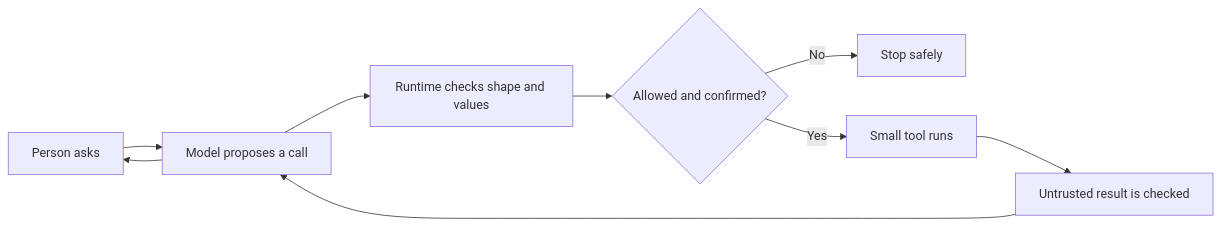
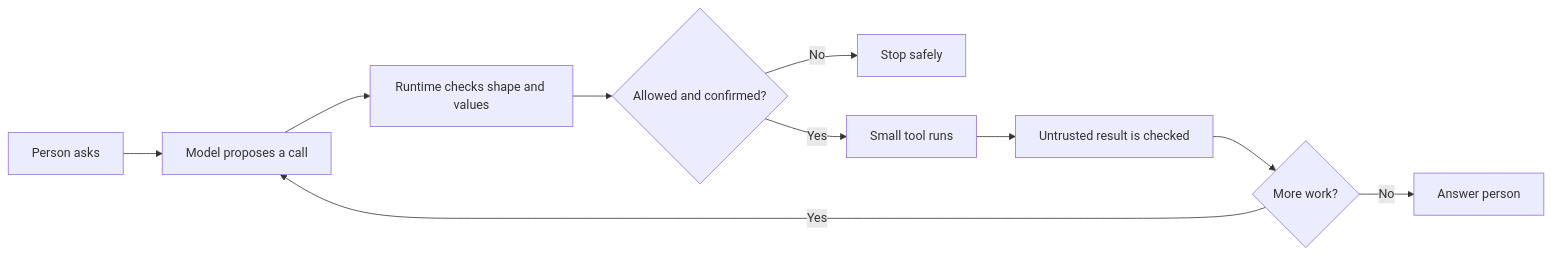
One commit to VikrantSingh01/Agentic_System_Design changed the second of 3 diagrams in modules/02-smallest-useful-agent/chapters/07-tools-and-function-calling.md. Above: the diagram before and after it, drawn with Mermaid. The commit also changed other lines of this file and 3 other files, not shown here.

Commit message:
Improve Module 2 diagram accessibility

````diff
--- a/modules/02-smallest-useful-agent/chapters/07-tools-and-function-calling.md
+++ b/modules/02-smallest-useful-agent/chapters/07-tools-and-function-calling.md
@@ -96,11 +96,12 @@
 ```mermaid
 flowchart LR
     U[Person asks] --> M[Model proposes a call]
     M --> V[Runtime checks shape and values]
     V --> A{Allowed and confirmed?}
     A -- No --> S[Stop safely]
     A -- Yes --> T[Small tool runs]
     T --> R[Untrusted result is checked]
-    R --> M
-    M --> U
+    R --> N{More work?}
+    N -- Yes --> M
+    N -- No --> F[Answer person]
 ```
````
